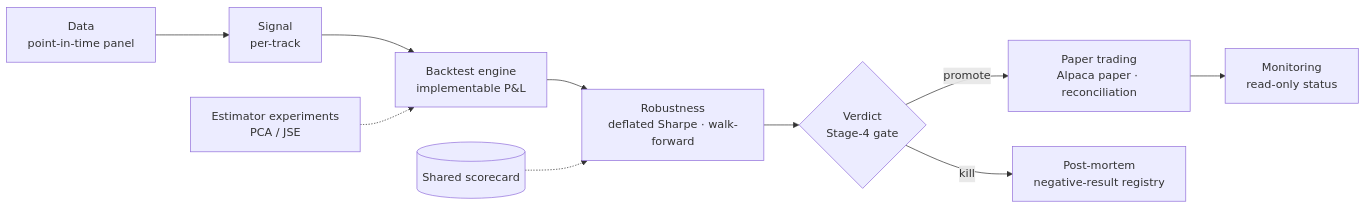
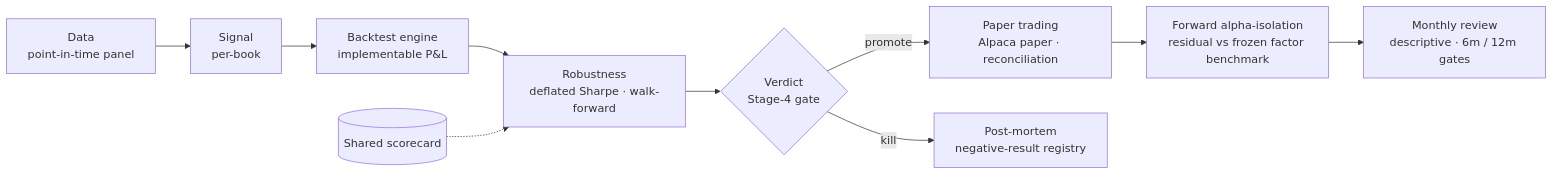
Before and after one commit to rimrim05/alpha-lab: the diagram in README.md, drawn with Mermaid. The commit also changed other lines of this file and 3 other files, not shown here.

````diff
--- a/README.md
+++ b/README.md
@@ -40,12 +72,12 @@
 ```mermaid
 flowchart LR
-    D[Data<br/>point-in-time panel] --> S[Signal<br/>per-track]
+    D[Data<br/>point-in-time panel] --> S[Signal<br/>per-book]
     S --> B[Backtest engine<br/>implementable P&L]
     B --> R[Robustness<br/>deflated Sharpe · walk-forward]
     R --> V{Verdict<br/>Stage-4 gate}
     V -->|promote| P[Paper trading<br/>Alpaca paper · reconciliation]
     V -->|kill| K[Post-mortem<br/>negative-result registry]
-    P --> M[Monitoring<br/>read-only status]
+    P --> F[Forward alpha-isolation<br/>residual vs frozen factor benchmark]
+    F --> M[Monthly review<br/>descriptive · 6m / 12m gates]
     SC[(Shared scorecard)] -.-> R
-    E[Estimator experiments<br/>PCA / JSE] -.-> B
 ```
````
